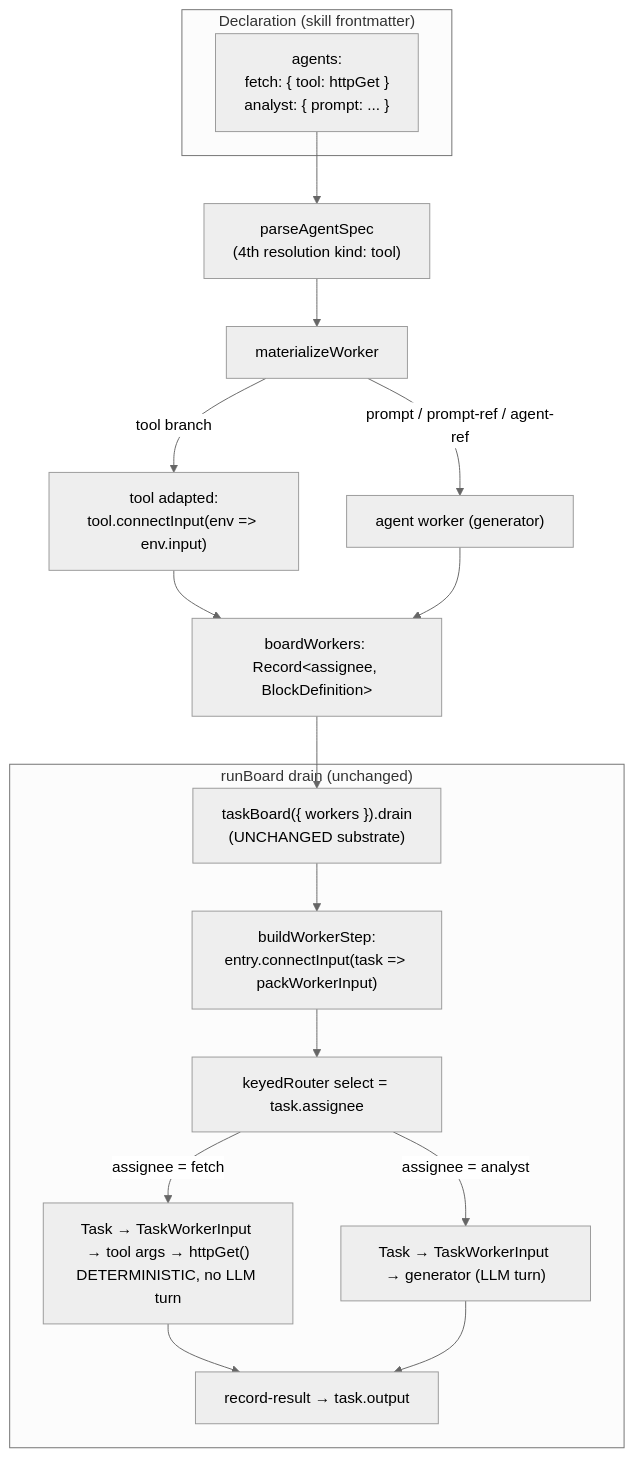
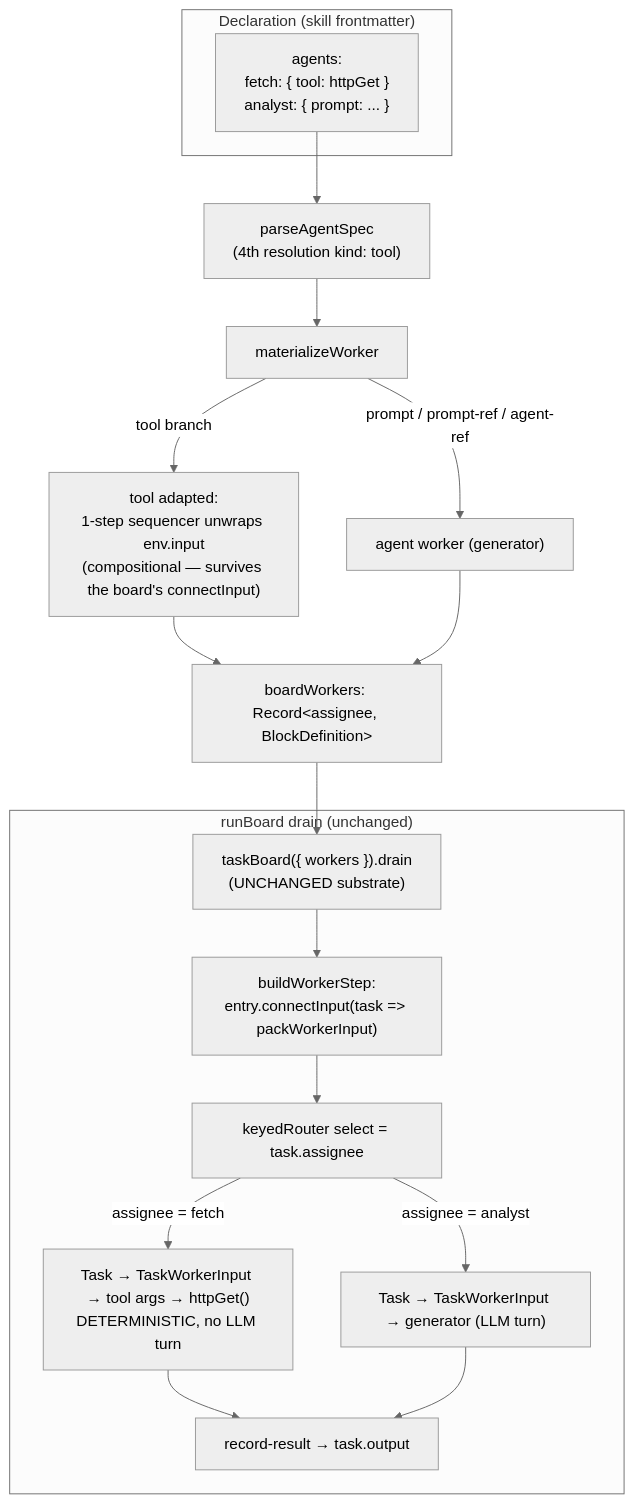
One commit to fixpoint-labs/flow-state-dev changed the diagram in docs/specs/FIX-925.md. Above: the diagram before and after it, drawn with Mermaid (neutral theme). The commit also changed other lines of this file, not shown here.

````diff
--- a/docs/specs/FIX-925.md
+++ b/docs/specs/FIX-925.md
@@ -111,22 +111,22 @@
 ```mermaid
 flowchart TD
   subgraph decl["Declaration (skill frontmatter)"]
     A["agents:\n  fetch: { tool: httpGet }\n  analyst: { prompt: ... }"]
   end
   A --> P["parseAgentSpec\n(4th resolution kind: tool)"]
   P --> M["materializeWorker"]
-  M -->|"tool branch"| TW["tool adapted:\ntool.connectInput(env =&gt; env.input)"]
+  M -->|"tool branch"| TW["tool adapted:\n1-step sequencer unwraps env.input\n(compositional — survives the board's connectInput)"]
   M -->|"prompt / prompt-ref / agent-ref"| AW["agent worker (generator)"]
   TW --> REG["boardWorkers: Record&lt;assignee, BlockDefinition&gt;"]
   AW --> REG
   REG --> BOARD["taskBoard({ workers }).drain\n(UNCHANGED substrate)"]
 
   subgraph drain["runBoard drain (unchanged)"]
     BOARD --> WS["buildWorkerStep:\nentry.connectInput(task =&gt; packWorkerInput)"]
     WS --> KR["keyedRouter select = task.assignee"]
     KR -->|"assignee = fetch"| RUNTOOL["Task → TaskWorkerInput → tool args → httpGet()\nDETERMINISTIC, no LLM turn"]
     KR -->|"assignee = analyst"| RUNAGENT["Task → TaskWorkerInput → generator (LLM turn)"]
     RUNTOOL --> RR["record-result → task.output"]
     RUNAGENT --> RR
   end
 ```
````
